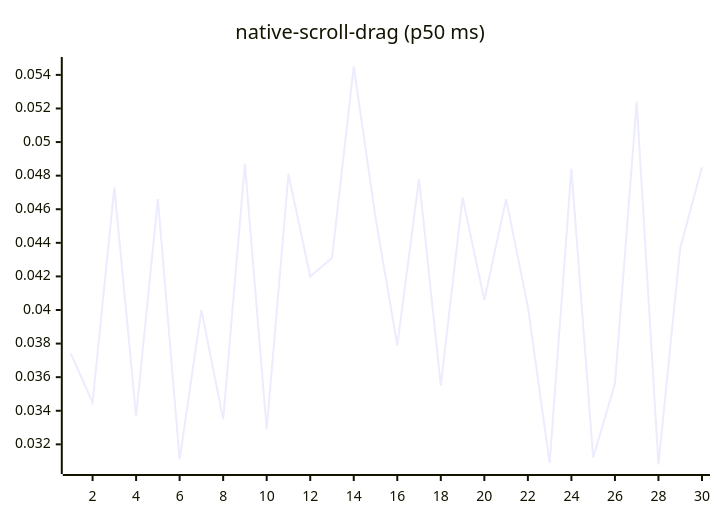
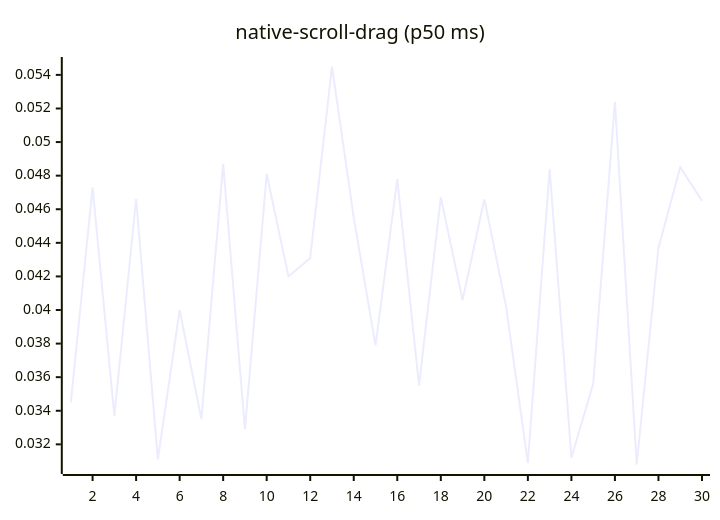
Diagram 14 of 27 in README.md (josha/Facet), drawn with Mermaid before and after one commit. The commit also changed other lines of this file and 2 other files, not shown here.

````diff
--- a/README.md
+++ b/README.md
@@ -154,6 +154,6 @@
 ```mermaid
 xychart-beta
     title "native-scroll-drag (p50 ms)"
     x-axis 1 --> 30
-    line [0.0374, 0.0345, 0.0473, 0.0337, 0.0466, 0.0311, 0.0400, 0.0335, 0.0487, 0.0329, 0.0481, 0.0420, 0.0431, 0.0545, 0.0455, 0.0379, 0.0478, 0.0355, 0.0467, 0.0406, 0.0466, 0.0402, 0.0309, 0.0484, 0.0312, 0.0356, 0.0524, 0.0308, 0.0437, 0.0485]
+    line [0.0345, 0.0473, 0.0337, 0.0466, 0.0311, 0.0400, 0.0335, 0.0487, 0.0329, 0.0481, 0.0420, 0.0431, 0.0545, 0.0455, 0.0379, 0.0478, 0.0355, 0.0467, 0.0406, 0.0466, 0.0402, 0.0309, 0.0484, 0.0312, 0.0356, 0.0524, 0.0308, 0.0437, 0.0485, 0.0465]
 ```
````
